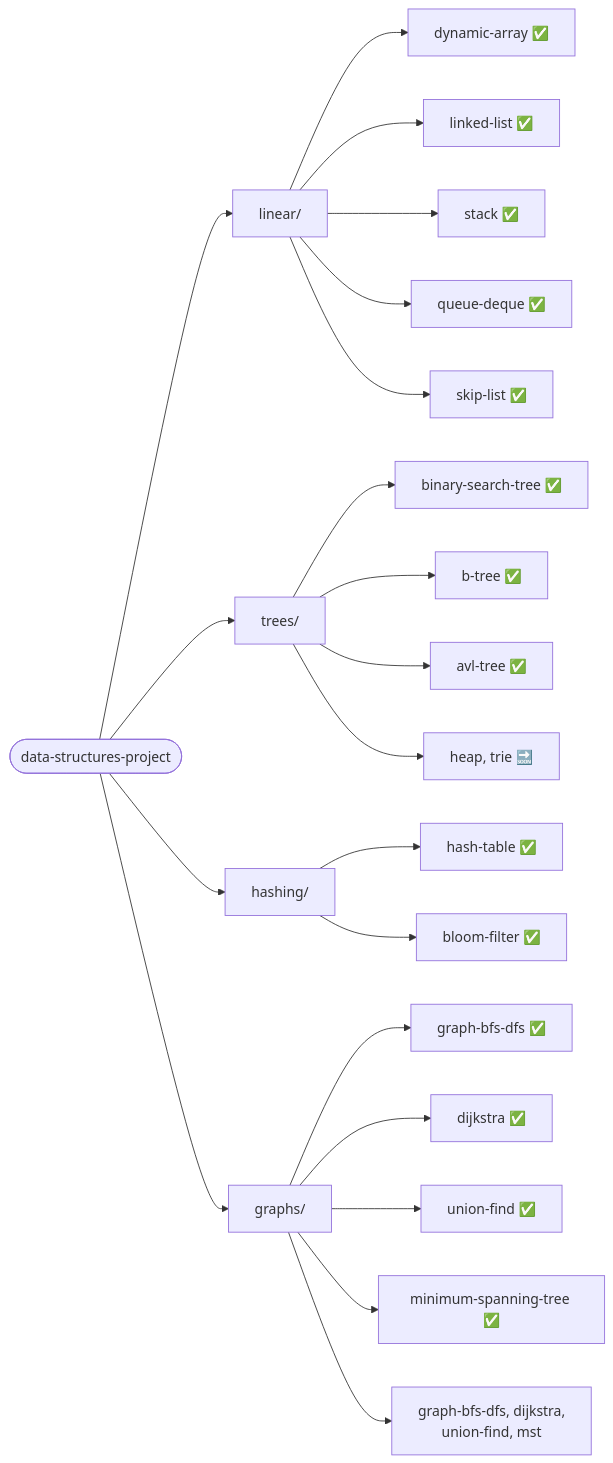
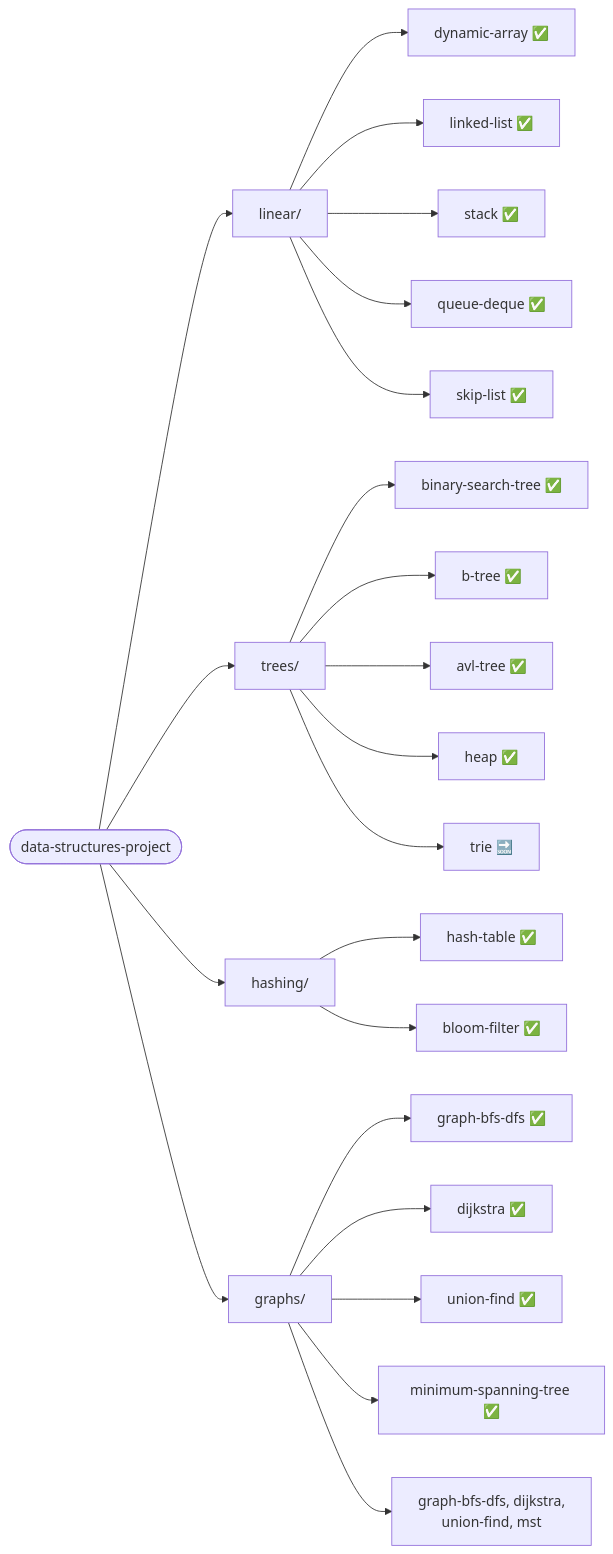
Before and after one commit to leon-lourenco/data-structures-project: the diagram in README.md, drawn with Mermaid. The commit also changed other lines of this file and 8 other files, not shown here.

````diff
--- a/README.md
+++ b/README.md
@@ -62,23 +62,24 @@
 ```mermaid
 flowchart LR
     Root(["data-structures-project"]) --> Linear["linear/"]
     Root --> Trees["trees/"]
     Root --> Hashing["hashing/"]
     Root --> Graphs["graphs/"]
     Linear --> DynamicArray["dynamic-array ✅"]
     Linear --> LinkedList["linked-list ✅"]
     Linear --> StackMod["stack ✅"]
     Linear --> QueueDeque["queue-deque ✅"]
     Linear --> SkipList["skip-list ✅"]
     Trees --> BST["binary-search-tree ✅"]
     Trees --> BTree["b-tree ✅"]
     Trees --> AvlTree["avl-tree ✅"]
-    Trees --> TreesRest["heap, trie 🔜"]
+    Trees --> HeapMod["heap ✅"]
+    Trees --> TreesRest["trie 🔜"]
     Hashing --> HashTable["hash-table ✅"]
     Hashing --> BloomFilter["bloom-filter ✅"]
     Graphs --> GraphBfsDfs["graph-bfs-dfs ✅"]
     Graphs --> Dijkstra["dijkstra ✅"]
     Graphs --> UnionFind["union-find ✅"]
     Graphs --> Mst["minimum-spanning-tree ✅"]
     Graphs --> GraphsMods["graph-bfs-dfs, dijkstra,\nunion-find, mst"]
 ```
````
